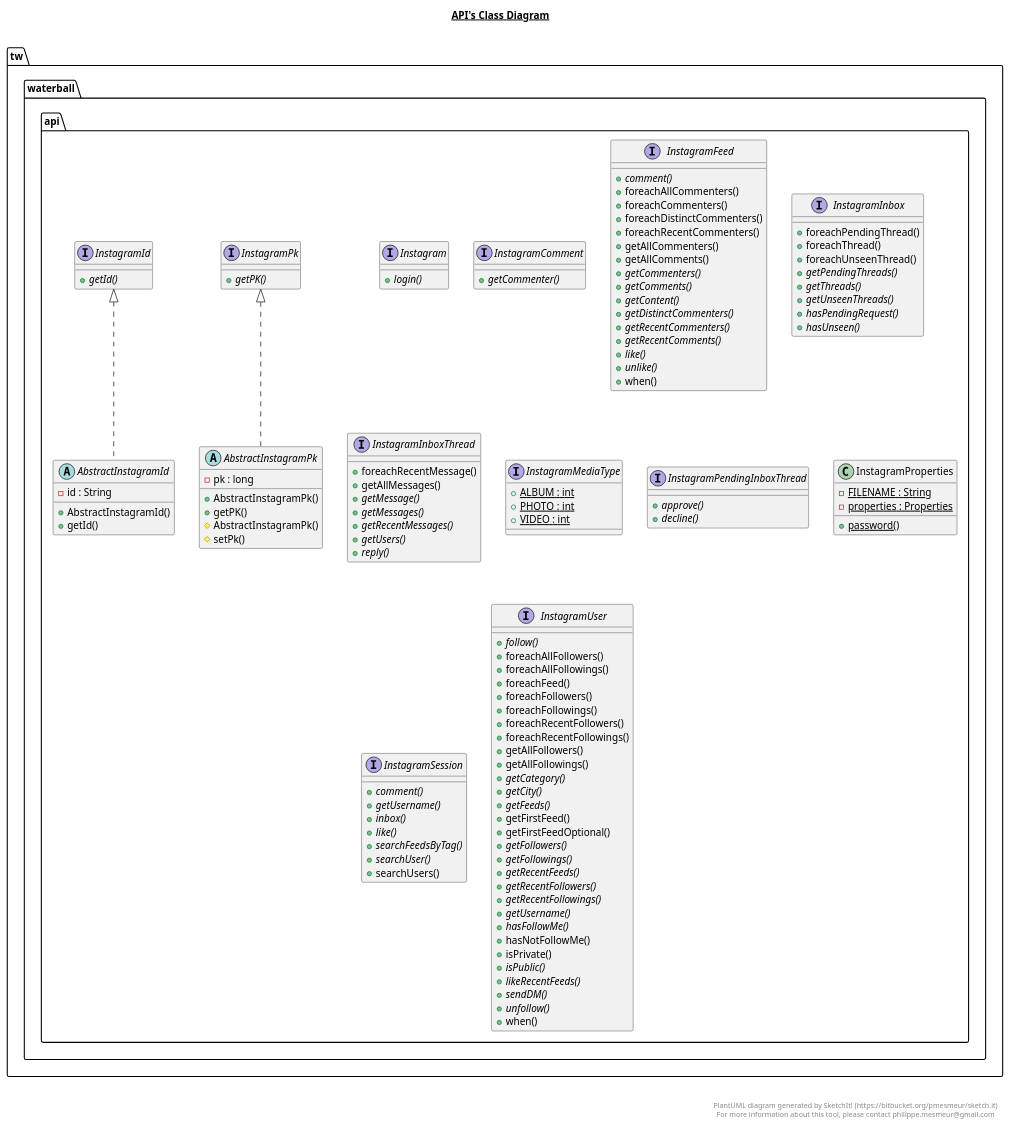
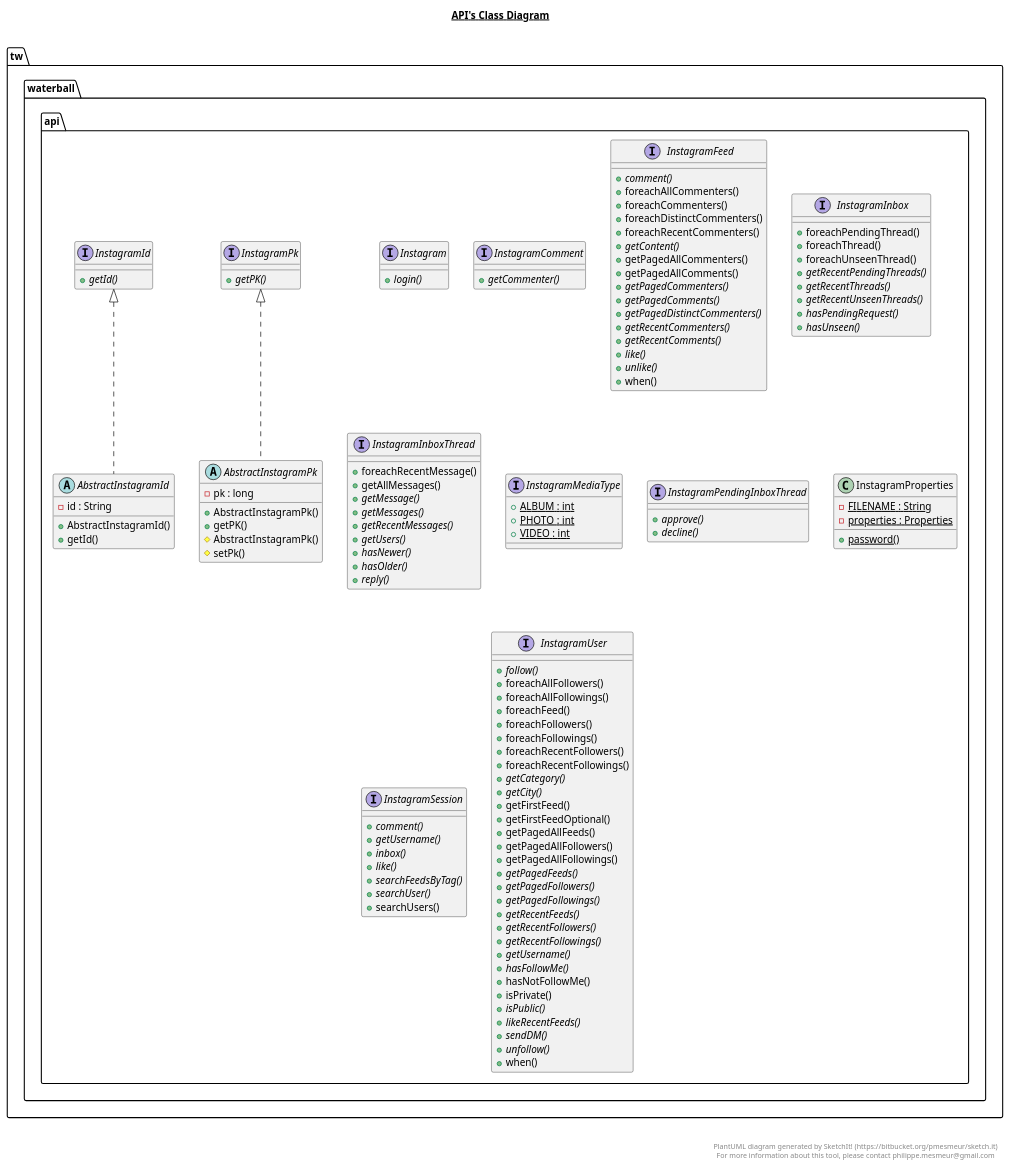
One commit to Johnny850807/Instagram4j-Fluent-Interface changed the diagram in src/main/java/tw/waterball/api/api.plantuml. Above: the diagram before and after it, drawn with PlantUML. The commit also changed 10 other files, not shown here.

```diff
--- a/src/main/java/tw/waterball/api/api.plantuml
+++ b/src/main/java/tw/waterball/api/api.plantuml
@@ -1,187 +1,190 @@
 @startuml
 
 title __API's Class Diagram__\n
 
   namespace tw.waterball.api {
     abstract class tw.waterball.api.AbstractInstagramId {
         - id : String
         + AbstractInstagramId()
         + getId()
     }
   }
   
 
   namespace tw.waterball.api {
     abstract class tw.waterball.api.AbstractInstagramPk {
         - pk : long
         + AbstractInstagramPk()
         + getPK()
         # AbstractInstagramPk()
         # setPk()
     }
   }
   
 
   namespace tw.waterball.api {
     interface tw.waterball.api.Instagram {
         {abstract} + login()
     }
   }
   
 
   namespace tw.waterball.api {
     interface tw.waterball.api.InstagramComment {
         {abstract} + getCommenter()
     }
   }
   
 
   namespace tw.waterball.api {
     interface tw.waterball.api.InstagramFeed {
         {abstract} + comment()
         + foreachAllCommenters()
         + foreachCommenters()
         + foreachDistinctCommenters()
         + foreachRecentCommenters()
-        + getAllCommenters()
-        + getAllComments()
-        {abstract} + getCommenters()
-        {abstract} + getComments()
         {abstract} + getContent()
-        {abstract} + getDistinctCommenters()
+        + getPagedAllCommenters()
+        + getPagedAllComments()
+        {abstract} + getPagedCommenters()
+        {abstract} + getPagedComments()
+        {abstract} + getPagedDistinctCommenters()
         {abstract} + getRecentCommenters()
         {abstract} + getRecentComments()
         {abstract} + like()
         {abstract} + unlike()
         + when()
     }
   }
   
 
   namespace tw.waterball.api {
     interface tw.waterball.api.InstagramId {
         {abstract} + getId()
     }
   }
   
 
   namespace tw.waterball.api {
     interface tw.waterball.api.InstagramInbox {
         + foreachPendingThread()
         + foreachThread()
         + foreachUnseenThread()
-        {abstract} + getPendingThreads()
-        {abstract} + getThreads()
-        {abstract} + getUnseenThreads()
+        {abstract} + getRecentPendingThreads()
+        {abstract} + getRecentThreads()
+        {abstract} + getRecentUnseenThreads()
         {abstract} + hasPendingRequest()
         {abstract} + hasUnseen()
     }
   }
   
 
   namespace tw.waterball.api {
     interface tw.waterball.api.InstagramInboxThread {
         + foreachRecentMessage()
         + getAllMessages()
         {abstract} + getMessage()
         {abstract} + getMessages()
         {abstract} + getRecentMessages()
         {abstract} + getUsers()
+        {abstract} + hasNewer()
+        {abstract} + hasOlder()
         {abstract} + reply()
     }
   }
   
 
   namespace tw.waterball.api {
     interface tw.waterball.api.InstagramMediaType {
         {static} + ALBUM : int
         {static} + PHOTO : int
         {static} + VIDEO : int
     }
   }
   
 
   namespace tw.waterball.api {
     interface tw.waterball.api.InstagramPendingInboxThread {
         {abstract} + approve()
         {abstract} + decline()
     }
   }
   
 
   namespace tw.waterball.api {
     interface tw.waterball.api.InstagramPk {
         {abstract} + getPK()
     }
   }
   
 
   namespace tw.waterball.api {
     class tw.waterball.api.InstagramProperties {
         {static} - FILENAME : String
         {static} - properties : Properties
         {static} + password()
     }
   }
   
 
   namespace tw.waterball.api {
     interface tw.waterball.api.InstagramSession {
         {abstract} + comment()
         {abstract} + getUsername()
         {abstract} + inbox()
         {abstract} + like()
         {abstract} + searchFeedsByTag()
         {abstract} + searchUser()
         + searchUsers()
     }
   }
   
 
   namespace tw.waterball.api {
     interface tw.waterball.api.InstagramUser {
         {abstract} + follow()
         + foreachAllFollowers()
         + foreachAllFollowings()
         + foreachFeed()
         + foreachFollowers()
         + foreachFollowings()
         + foreachRecentFollowers()
         + foreachRecentFollowings()
-        + getAllFollowers()
-        + getAllFollowings()
         {abstract} + getCategory()
         {abstract} + getCity()
-        {abstract} + getFeeds()
         + getFirstFeed()
         + getFirstFeedOptional()
-        {abstract} + getFollowers()
-        {abstract} + getFollowings()
+        + getPagedAllFeeds()
+        + getPagedAllFollowers()
+        + getPagedAllFollowings()
+        {abstract} + getPagedFeeds()
+        {abstract} + getPagedFollowers()
+        {abstract} + getPagedFollowings()
         {abstract} + getRecentFeeds()
         {abstract} + getRecentFollowers()
         {abstract} + getRecentFollowings()
         {abstract} + getUsername()
         {abstract} + hasFollowMe()
         + hasNotFollowMe()
         + isPrivate()
         {abstract} + isPublic()
         {abstract} + likeRecentFeeds()
         {abstract} + sendDM()
         {abstract} + unfollow()
         + when()
     }
   }
   
 
   tw.waterball.api.AbstractInstagramId .up.|> tw.waterball.api.InstagramId
   tw.waterball.api.AbstractInstagramPk .up.|> tw.waterball.api.InstagramPk
 
 
 right footer
 
 
 PlantUML diagram generated by SketchIt! (https://bitbucket.org/pmesmeur/sketch.it)
 For more information about this tool, please contact philippe.mesmeur@gmail.com
 endfooter
 
 @enduml
```
